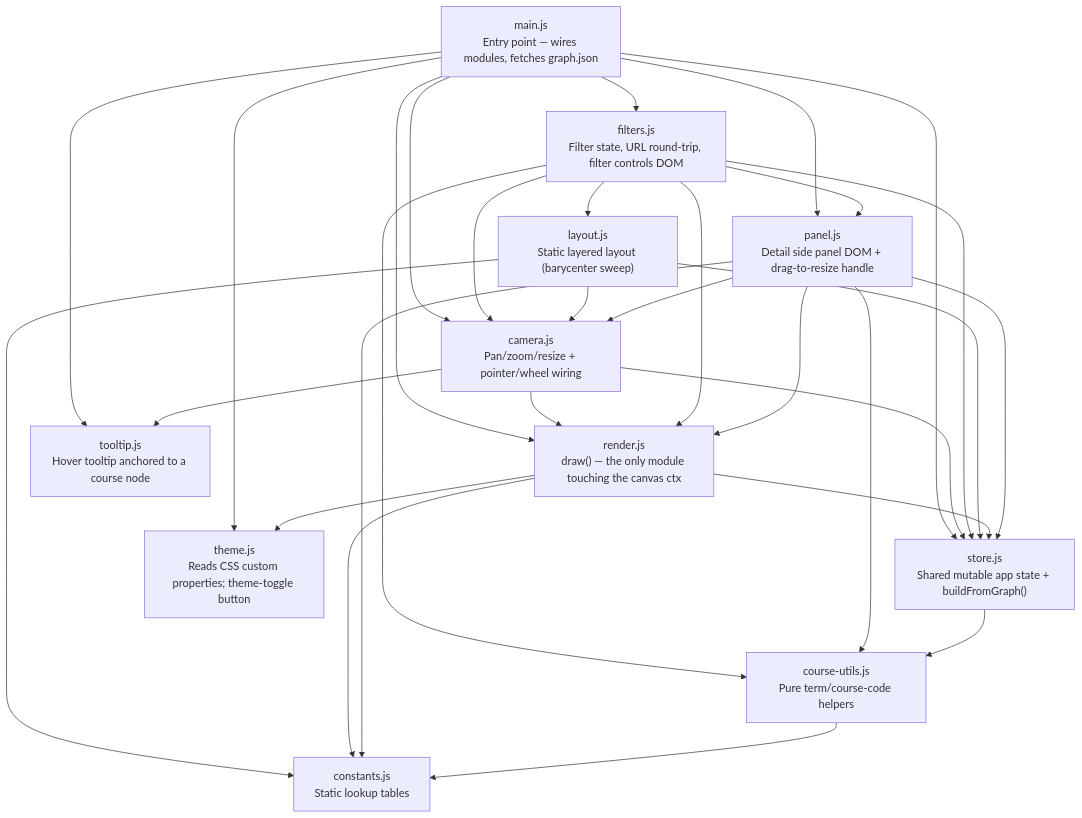
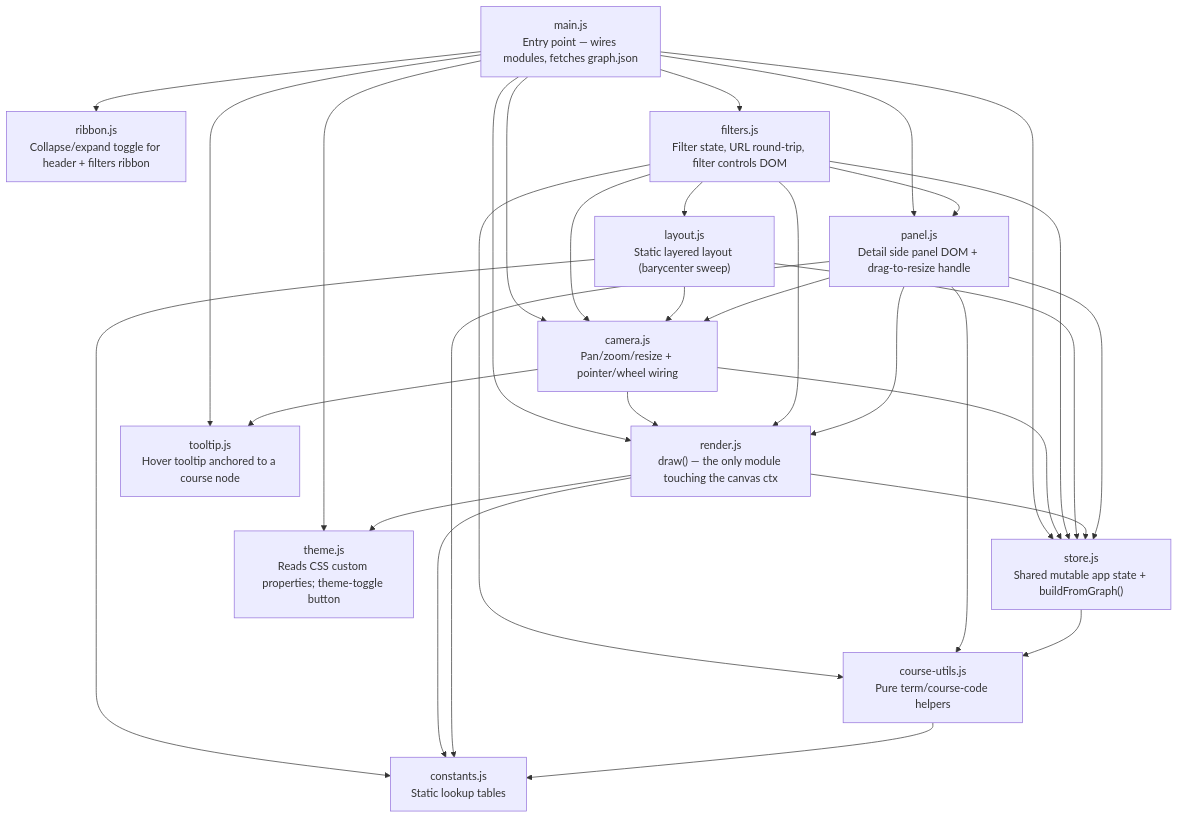
The diagram in README.md (apurvanakade/AMS-courses), drawn with Mermaid before and after one commit. The commit also changed 5 other files, not shown here.

First line of the commit message:
Remove header subtitle, add collapse toggle for header/filters ribbon

````diff
--- a/README.md
+++ b/README.md
@@ -120,50 +120,52 @@
 ```mermaid
 graph TD
     main["main.js<br/>Entry point — wires modules, fetches graph.json"]
     store["store.js<br/>Shared mutable app state + buildFromGraph()"]
     render["render.js<br/>draw() — the only module touching the canvas ctx"]
     theme["theme.js<br/>Reads CSS custom properties; theme-toggle button"]
+    ribbon["ribbon.js<br/>Collapse/expand toggle for header + filters ribbon"]
     tooltip["tooltip.js<br/>Hover tooltip anchored to a course node"]
     camera["camera.js<br/>Pan/zoom/resize + pointer/wheel wiring"]
     panel["panel.js<br/>Detail side panel DOM + drag-to-resize handle"]
     filters["filters.js<br/>Filter state, URL round-trip, filter controls DOM"]
     layout["layout.js<br/>Static layered layout (barycenter sweep)"]
     courseUtils["course-utils.js<br/>Pure term/course-code helpers"]
     constants["constants.js<br/>Static lookup tables"]
 
     main --> store
     main --> render
     main --> theme
+    main --> ribbon
     main --> tooltip
     main --> camera
     main --> panel
     main --> filters
 
     camera --> store
     camera --> render
     camera --> tooltip
 
     filters --> store
     filters --> courseUtils
     filters --> layout
     filters --> camera
     filters --> render
     filters --> panel
 
     layout --> store
     layout --> constants
     layout --> camera
 
     render --> store
     render --> constants
     render --> theme
 
     panel --> store
     panel --> constants
     panel --> courseUtils
     panel --> render
     panel --> camera
 
     store --> courseUtils
     courseUtils --> constants
 ```
````
